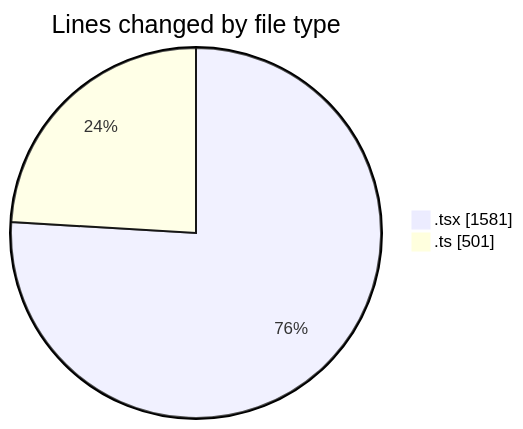
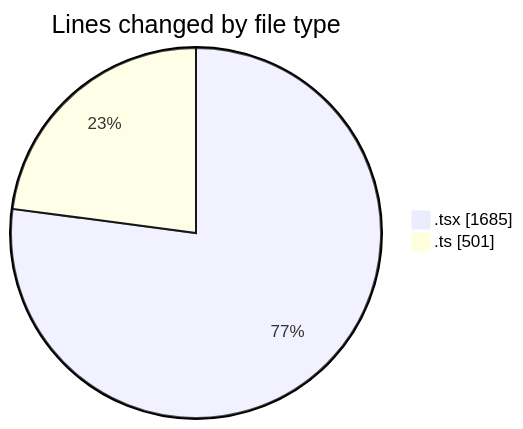
One commit to robertbonfada/code-tracking changed the first of 2 diagrams in 2025-05-20/mbc-web/README.md. Above: the diagram before and after it, drawn with Mermaid. The commit also changed other lines of this file and 1 other file, not shown here.

````diff
--- a/2025-05-20/mbc-web/README.md
+++ b/2025-05-20/mbc-web/README.md
@@ -27,6 +28,6 @@
 ```mermaid
 pie showData
 title Lines changed by file type
-".tsx" : 1581
+".tsx" : 1685
 ".ts" : 501
 ```
````
